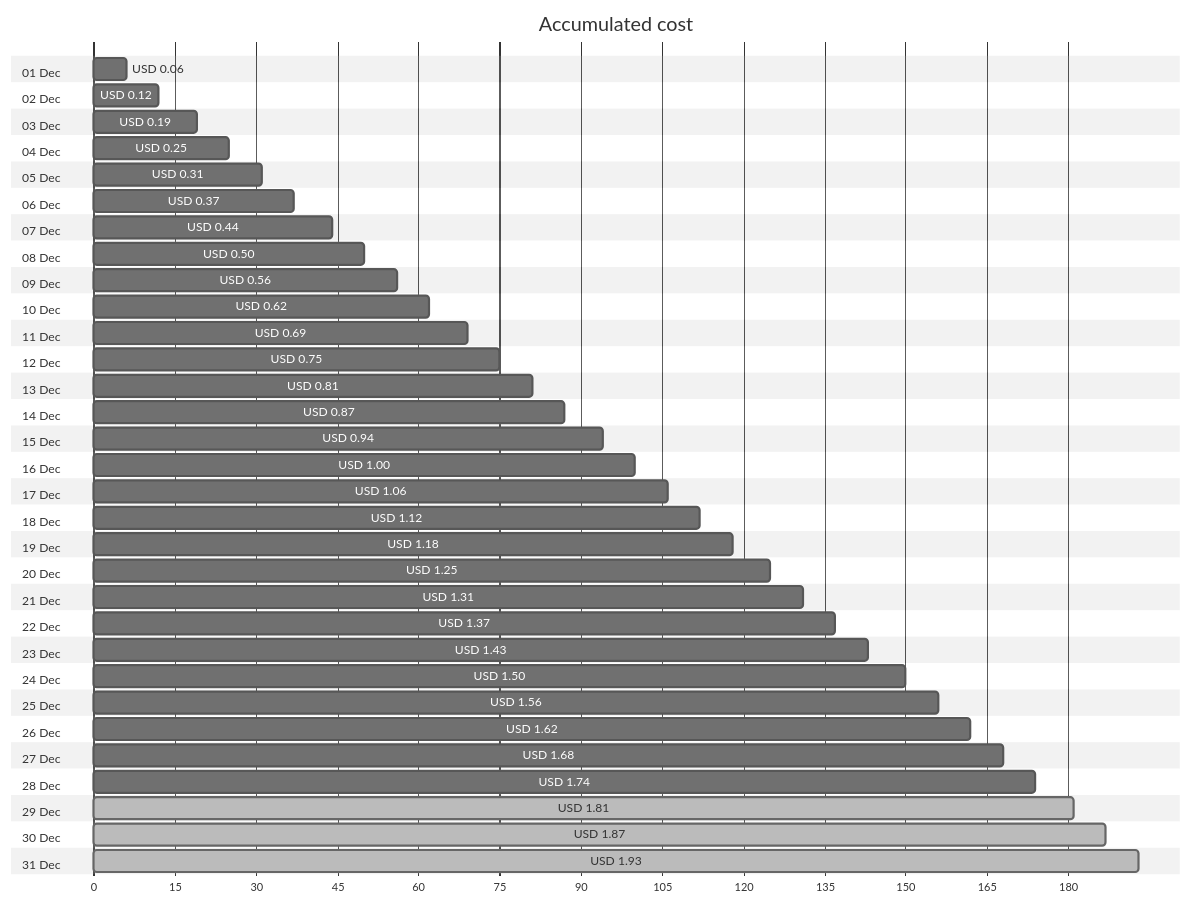
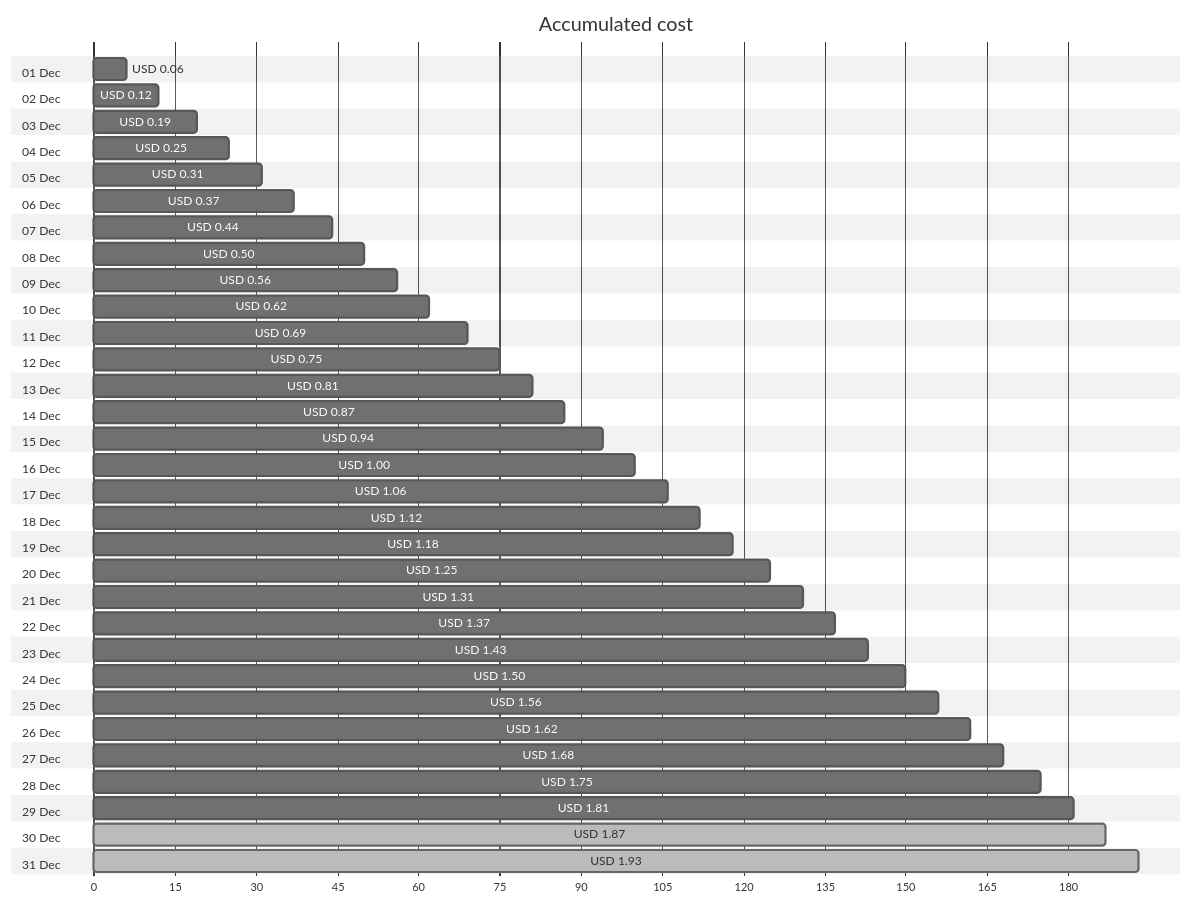
The first of 4 diagrams in cost-reports/personal-network/vpn-server_OsDisk.md (jpfulton/azure-personal-reports), drawn with Mermaid (neutral theme) before and after one commit. The commit also changed other lines of this file and 8 other files, not shown here.

````diff
--- a/cost-reports/personal-network/vpn-server_OsDisk.md
+++ b/cost-reports/personal-network/vpn-server_OsDisk.md
@@ -20,68 +20,68 @@
 ```mermaid
 gantt
    title Accumulated cost
    dateFormat  X
    axisFormat %s
    section 01 Dec
    USD 0.06 :0, 6
    section 02 Dec
    USD 0.12 :0, 12
    section 03 Dec
    USD 0.19 :0, 19
    section 04 Dec
    USD 0.25 :0, 25
    section 05 Dec
    USD 0.31 :0, 31
    section 06 Dec
    USD 0.37 :0, 37
    section 07 Dec
    USD 0.44 :0, 44
    section 08 Dec
    USD 0.50 :0, 50
    section 09 Dec
    USD 0.56 :0, 56
    section 10 Dec
    USD 0.62 :0, 62
    section 11 Dec
    USD 0.69 :0, 69
    section 12 Dec
    USD 0.75 :0, 75
    section 13 Dec
    USD 0.81 :0, 81
    section 14 Dec
    USD 0.87 :0, 87
    section 15 Dec
    USD 0.94 :0, 94
    section 16 Dec
    USD 1.00 :0, 100
    section 17 Dec
    USD 1.06 :0, 106
    section 18 Dec
    USD 1.12 :0, 112
    section 19 Dec
    USD 1.18 :0, 118
    section 20 Dec
    USD 1.25 :0, 125
    section 21 Dec
    USD 1.31 :0, 131
    section 22 Dec
    USD 1.37 :0, 137
    section 23 Dec
    USD 1.43 :0, 143
    section 24 Dec
    USD 1.50 :0, 150
    section 25 Dec
    USD 1.56 :0, 156
    section 26 Dec
    USD 1.62 :0, 162
    section 27 Dec
    USD 1.68 :0, 168
    section 28 Dec
-   USD 1.74 :0, 174
+   USD 1.75 :0, 175
    section 29 Dec
-   USD 1.81 : done, 0, 181
+   USD 1.81 :0, 181
    section 30 Dec
    USD 1.87 : done, 0, 187
    section 31 Dec
    USD 1.93 : done, 0, 193
 ```
````
